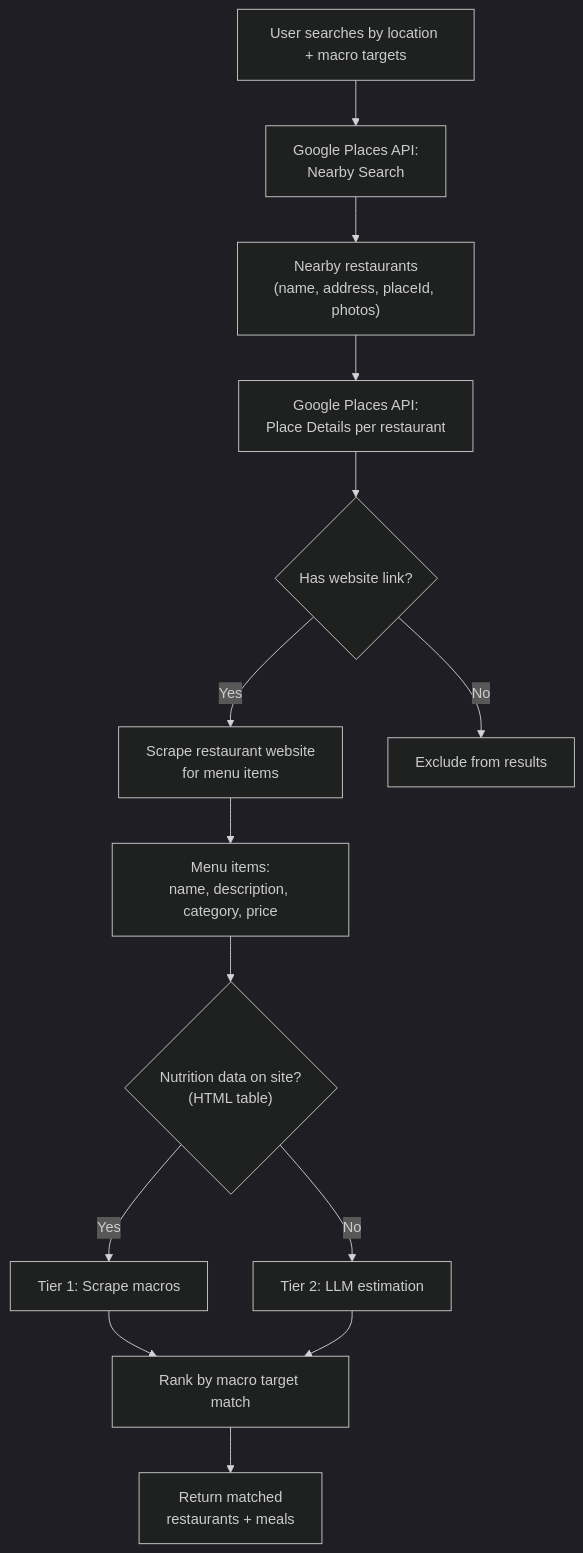
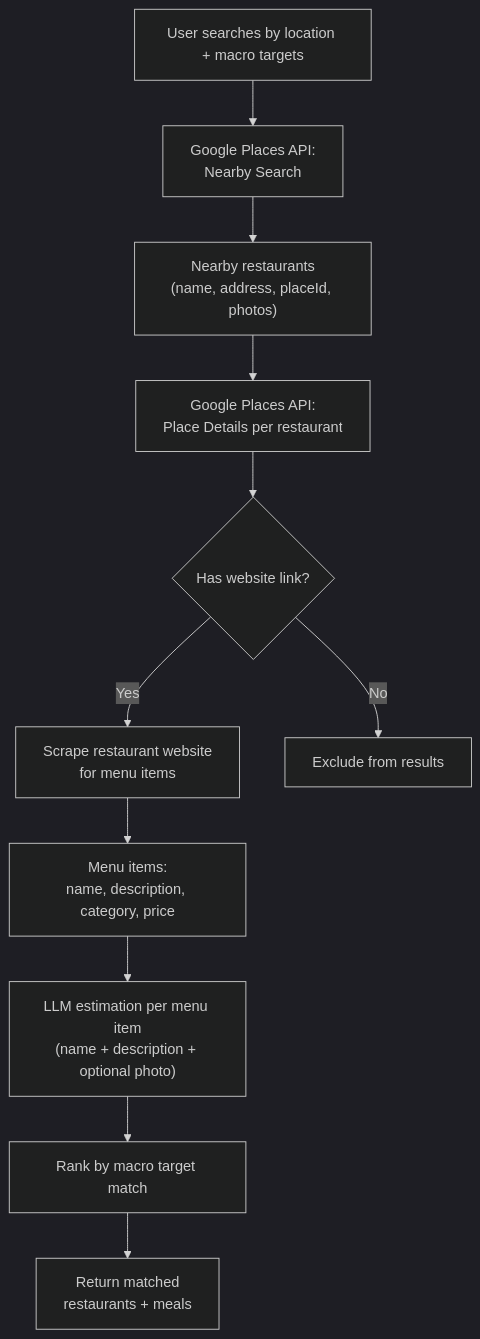
The second of 4 diagrams in docs/engineering/backend/system-design.md (dgmolla/fitsy), drawn with Mermaid (dark theme) before and after one commit. The commit also changed other lines of this file and 3 other files, not shown here.

````diff
--- a/docs/engineering/backend/system-design.md
+++ b/docs/engineering/backend/system-design.md
@@ -99,21 +81,17 @@
 ```mermaid
 flowchart TD
     Search["User searches by location + macro targets"]
     Search --> GP["Google Places API:<br/>Nearby Search"]
     GP --> Restaurants["Nearby restaurants<br/>(name, address, placeId, photos)"]
     Restaurants --> Details["Google Places API:<br/>Place Details per restaurant"]
     Details --> HasWebsite{"Has website link?"}
 
     HasWebsite -- "Yes" --> Scrape["Scrape restaurant website<br/>for menu items"]
     HasWebsite -- "No" --> Skip["Exclude from results"]
 
     Scrape --> Items["Menu items:<br/>name, description, category, price"]
-    Items --> NutritionCheck{"Nutrition data on site?<br/>(HTML table)"}
+    Items --> Estimate["LLM estimation per menu item<br/>(name + description + optional photo)"]
 
-    NutritionCheck -- "Yes" --> Tier1["Tier 1: Scrape macros"]
-    NutritionCheck -- "No" --> Tier2["Tier 2: LLM estimation"]
-
-    Tier1 --> Ranked["Rank by macro target match"]
-    Tier2 --> Ranked
+    Estimate --> Ranked["Rank by macro target match"]
     Ranked --> Results["Return matched<br/>restaurants + meals"]
 ```
````
